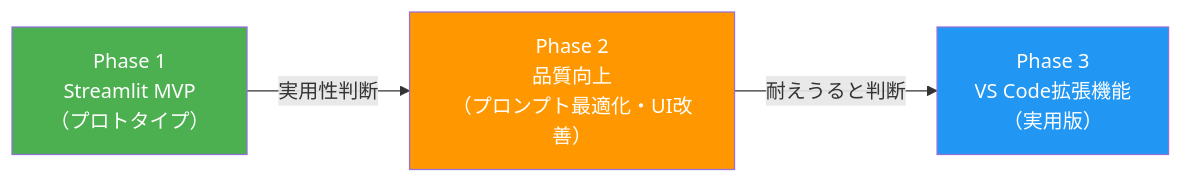
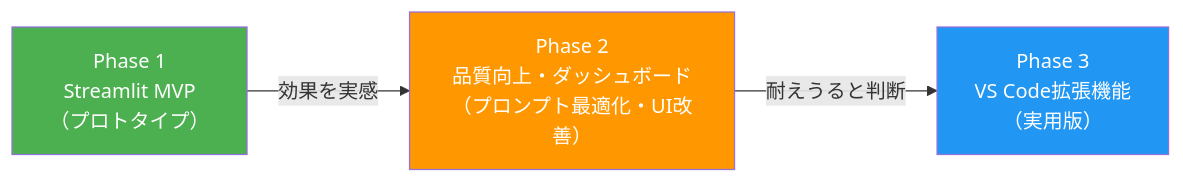
The fifth of 5 diagrams in docs/system_architecture.md (ohban730/Fathom), drawn with Mermaid before and after one commit. The commit also changed other lines of this file and 4 other files, not shown here.

````diff
--- a/docs/system_architecture.md
+++ b/docs/system_architecture.md
@@ -196,13 +223,13 @@
 ```mermaid
 graph LR
     P1["Phase 1<br/>Streamlit MVP<br/>（プロトタイプ）"]
-    P2["Phase 2<br/>品質向上<br/>（プロンプト最適化・UI改善）"]
+    P2["Phase 2<br/>品質向上・ダッシュボード<br/>（プロンプト最適化・UI改善）"]
     P3["Phase 3<br/>VS Code拡張機能<br/>（実用版）"]
 
-    P1 -->|"実用性判断"| P2
+    P1 -->|"効果を実感"| P2
     P2 -->|"耐えうると判断"| P3
 
     style P1 fill:#4CAF50,color:#fff
     style P2 fill:#FF9800,color:#fff
     style P3 fill:#2196F3,color:#fff
 ```
````
